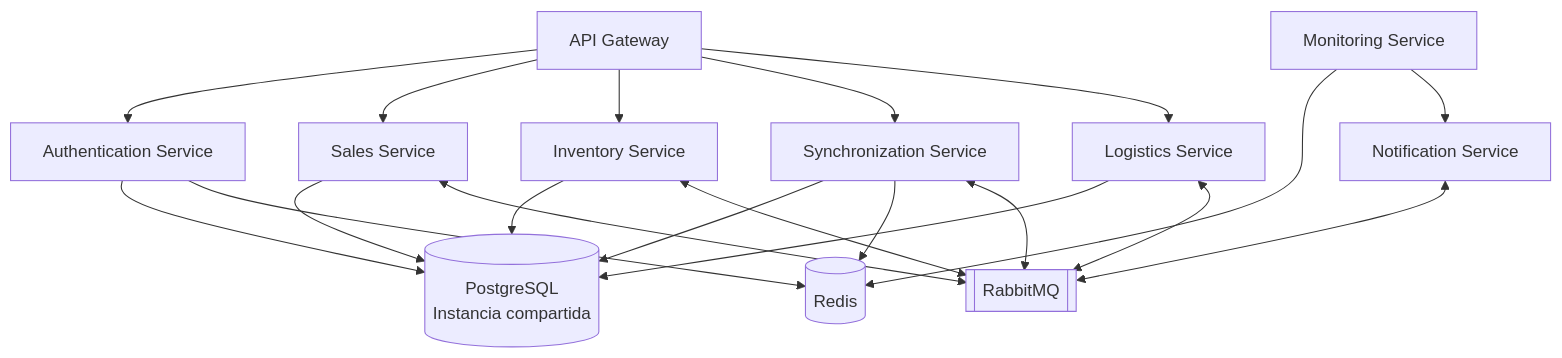
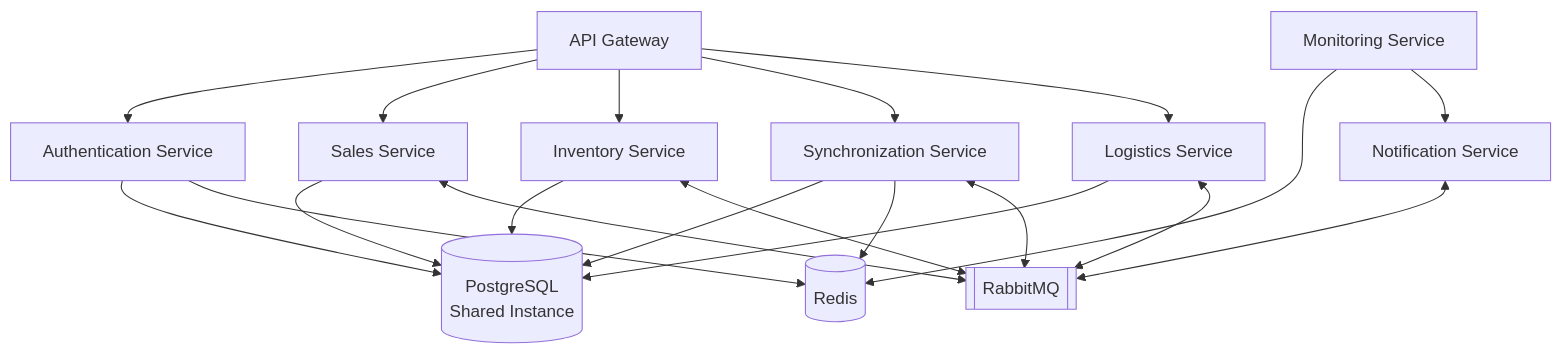
One commit to migueval/software-engineering changed the ninth of 29 diagrams in Connectivity Strategies in Distributed Systems/ARCHITECTURE.md. Above: the diagram before and after it, drawn with Mermaid. The commit also changed other lines of this file and 19 other files, not shown here.

````diff
--- a/Connectivity Strategies in Distributed Systems/ARCHITECTURE.md
+++ b/Connectivity Strategies in Distributed Systems/ARCHITECTURE.md
@@ -496,41 +496,41 @@
 ```mermaid
 flowchart TD
 
     API["API Gateway"]
 
     AUTH["Authentication Service"]
     SALES["Sales Service"]
     INVENTORY["Inventory Service"]
     SYNC["Synchronization Service"]
     LOGISTICS["Logistics Service"]
     MONITOR["Monitoring Service"]
     NOTIFY["Notification Service"]
 
-    PG[("PostgreSQL<br/>Instancia compartida")]
+    PG[("PostgreSQL<br/>Shared Instance")]
     REDIS[("Redis")]
     MQ[["RabbitMQ"]]
 
     API --> AUTH
     API --> SALES
     API --> INVENTORY
     API --> SYNC
     API --> LOGISTICS
 
     AUTH --> PG
     SALES --> PG
     INVENTORY --> PG
     SYNC --> PG
     LOGISTICS --> PG
 
     AUTH --> REDIS
     SYNC --> REDIS
     MONITOR --> REDIS
 
     SALES <--> MQ
     INVENTORY <--> MQ
     SYNC <--> MQ
     LOGISTICS <--> MQ
     NOTIFY <--> MQ
 
     MONITOR --> NOTIFY
 ```
````
